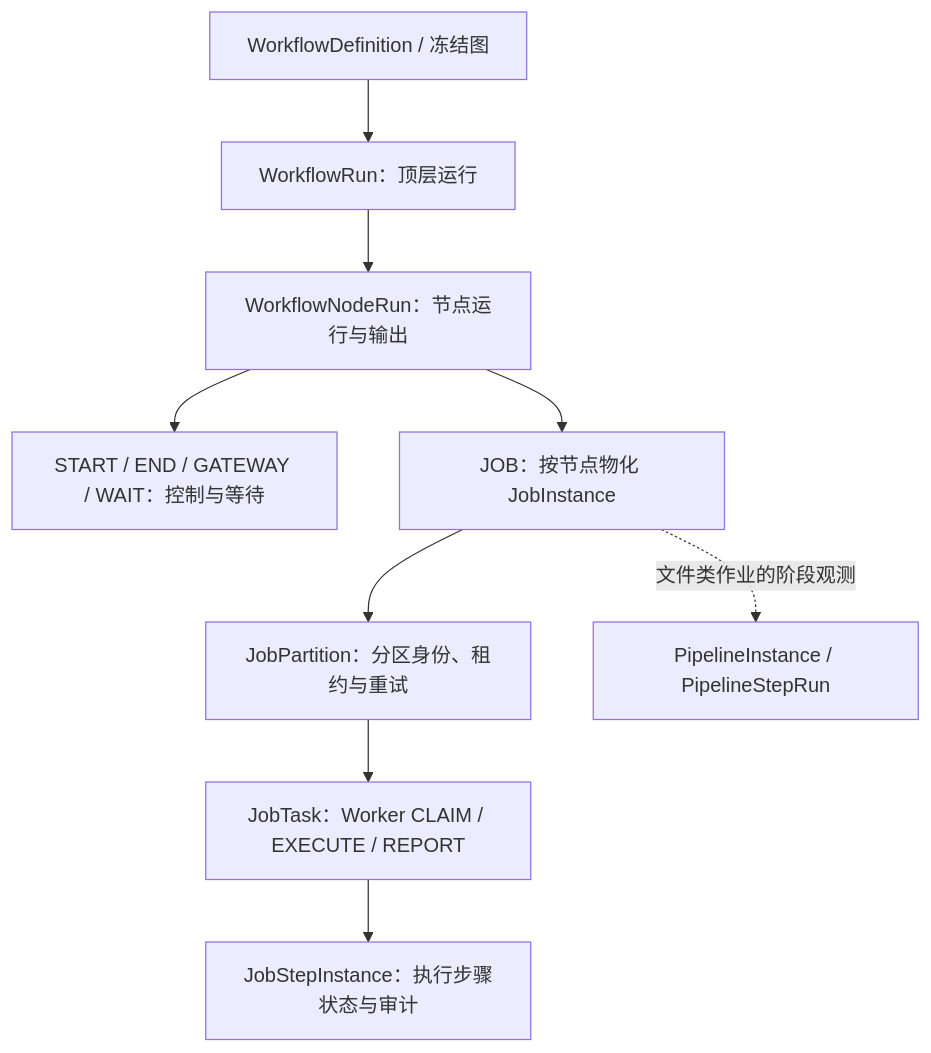
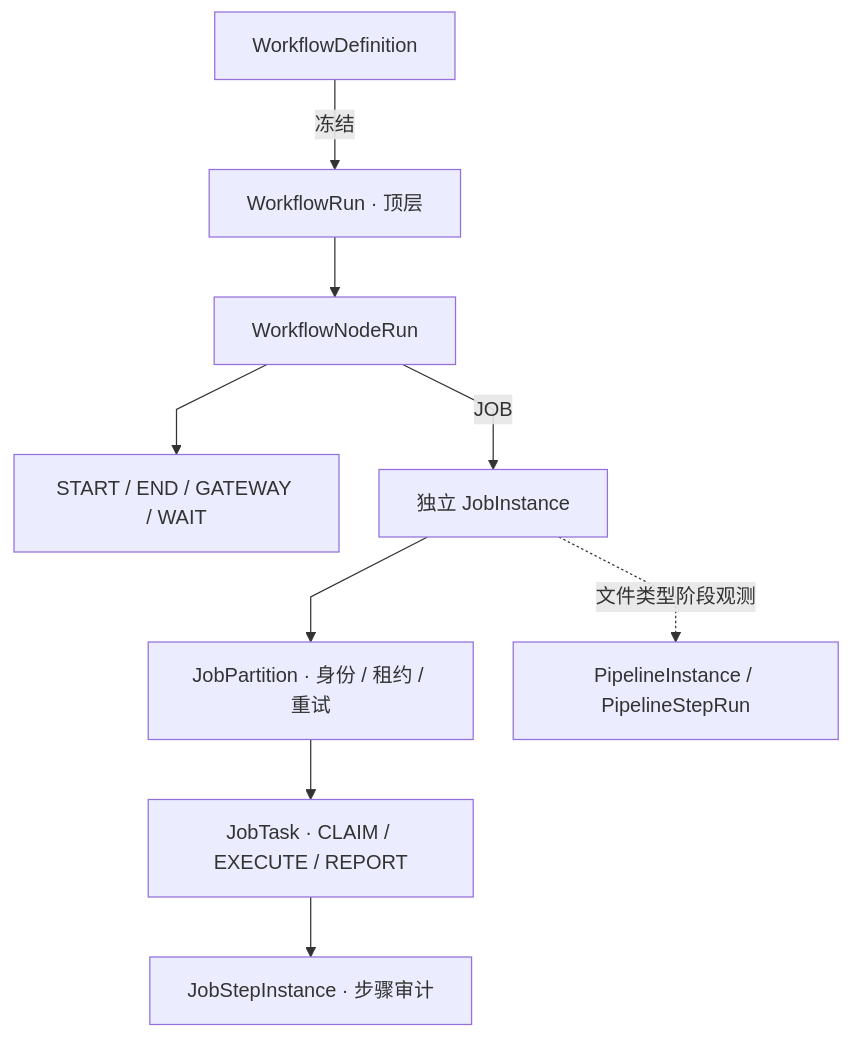
One commit to pinpols/file-batch-system changed the first of 2 diagrams in docs/architecture/core-model.md. Above: the diagram before and after it, drawn with Mermaid. The commit also changed other lines of this file and 2792 other files, not shown here.

````diff
--- a/docs/architecture/core-model.md
+++ b/docs/architecture/core-model.md
@@ -52,11 +52,12 @@
 ```mermaid
+%%{init: {"flowchart":{"curve":"linear","nodeSpacing":32,"rankSpacing":48},"sequence":{"mirrorActors":false}}}%%
 flowchart TB
-  D["WorkflowDefinition / 冻结图"] --> R["WorkflowRun：顶层运行"]
-  R --> N["WorkflowNodeRun：节点运行与输出"]
-  N --> C["START / END / GATEWAY / WAIT：控制与等待"]
-  N --> J["JOB：按节点物化 JobInstance"]
-  J --> P["JobPartition：分区身份、租约与重试"]
-  P --> T["JobTask：Worker CLAIM / EXECUTE / REPORT"]
-  T --> S["JobStepInstance：执行步骤状态与审计"]
-  J -. "文件类作业的阶段观测" .-> PI["PipelineInstance / PipelineStepRun"]
+  D["WorkflowDefinition"] -->|"冻结"| R["WorkflowRun · 顶层"]
+  R --> N["WorkflowNodeRun"]
+  N --> C["START / END / GATEWAY / WAIT"]
+  N -->|"JOB"| J["独立 JobInstance"]
+  J --> P["JobPartition · 身份 / 租约 / 重试"]
+  P --> T["JobTask · CLAIM / EXECUTE / REPORT"]
+  T --> S["JobStepInstance · 步骤审计"]
+  J -. "文件类型阶段观测" .-> PI["PipelineInstance / PipelineStepRun"]
 ```
````
